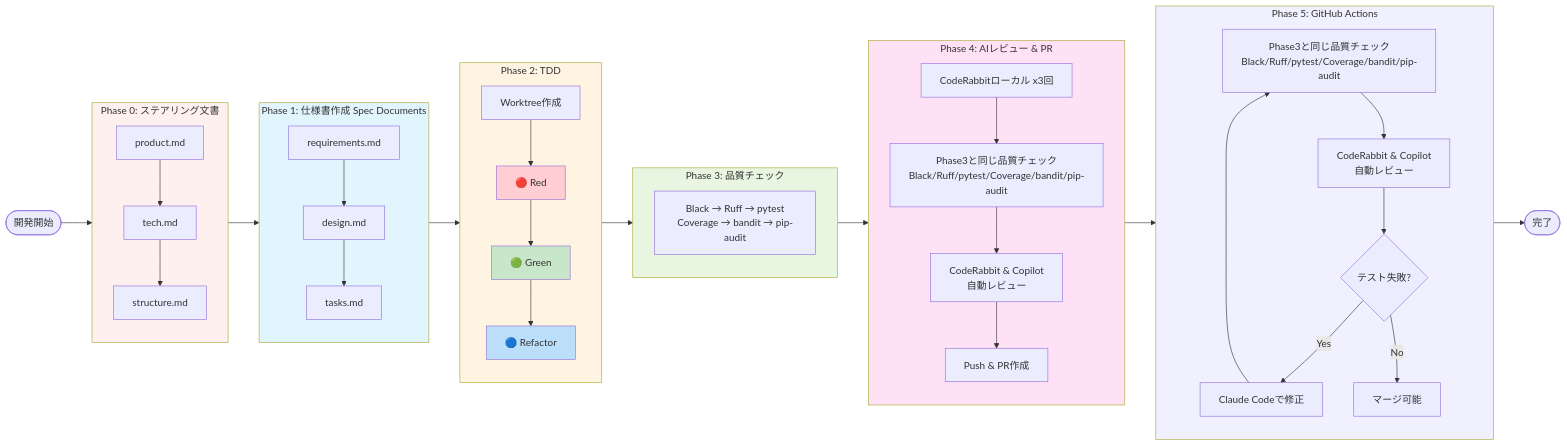
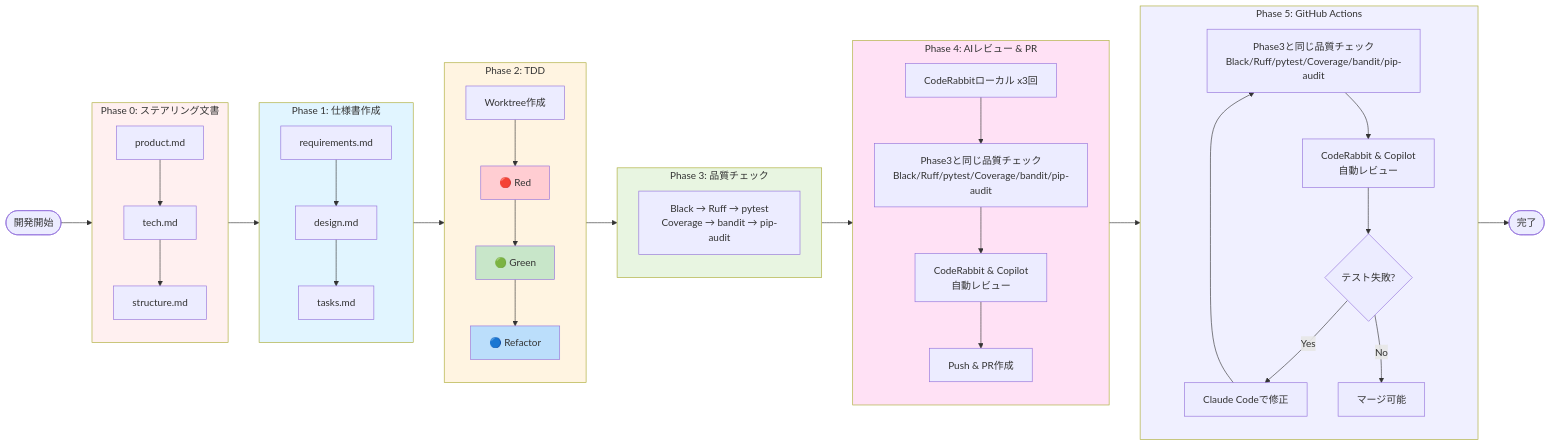
Before and after one commit to penpon/fairy: the diagram in workflow.md, drawn with Mermaid.

````diff
--- a/workflow.md
+++ b/workflow.md
@@ -5,60 +5,60 @@
 ```mermaid
 flowchart LR
     Start([開発開始]) --> P0
 
     subgraph P0[Phase 0: ステアリング文書]
         direction TB
         Product[product.md] --> Tech[tech.md] --> Structure[structure.md]
     end
 
     P0 --> P1
 
-    subgraph P1[Phase 1: 仕様書作成 Spec Documents]
+    subgraph P1[Phase 1: 仕様書作成]
         direction TB
         Req[requirements.md] --> Design[design.md] --> Tasks[tasks.md]
     end
 
     P1 --> P2
 
     subgraph P2[Phase 2: TDD]
         direction TB
         Worktree[Worktree作成] --> Red[🔴 Red] --> Green[🟢 Green] --> Refactor[🔵 Refactor]
     end
 
     P2 --> P3
 
     subgraph P3[Phase 3: 品質チェック]
         direction TB
         QC[Black → Ruff → pytest<br/>Coverage → bandit → pip-audit]
     end
 
     P3 --> P4
 
     subgraph P4[Phase 4: AIレビュー & PR]
         direction TB
         CR[CodeRabbitローカル x3回] --> P4_QC[Phase3と同じ品質チェック<br/>Black/Ruff/pytest/Coverage/bandit/pip-audit] --> P4_Review[CodeRabbit & Copilot<br/>自動レビュー] --> Push[Push & PR作成]
     end
 
     P4 --> P5
 
     subgraph P5[Phase 5: GitHub Actions]
         direction TB
         P5_Test[Phase3と同じ品質チェック<br/>Black/Ruff/pytest/Coverage/bandit/pip-audit] --> P5_Review[CodeRabbit & Copilot<br/>自動レビュー]
         P5_Review --> P5_Fix{テスト失敗?}
         P5_Fix -->|Yes| P5_Claude[Claude Codeで修正]
         P5_Claude --> P5_Test
         P5_Fix -->|No| P5_Merge[マージ可能]
     end
 
     P5 --> End([完了])
 
     style P0 fill:#fff0f0
     style P1 fill:#e1f5ff
     style P2 fill:#fff4e1
     style P3 fill:#e8f5e1
     style P4 fill:#ffe1f5
     style P5 fill:#f0f0ff
     style Red fill:#ffcdd2
     style Green fill:#c8e6c9
     style Refactor fill:#bbdefb
 ```
````
